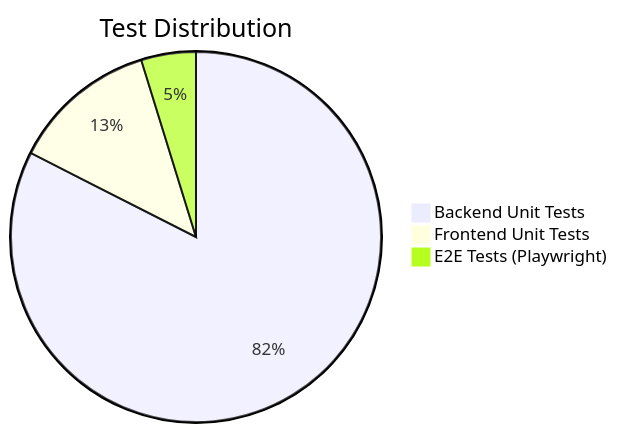
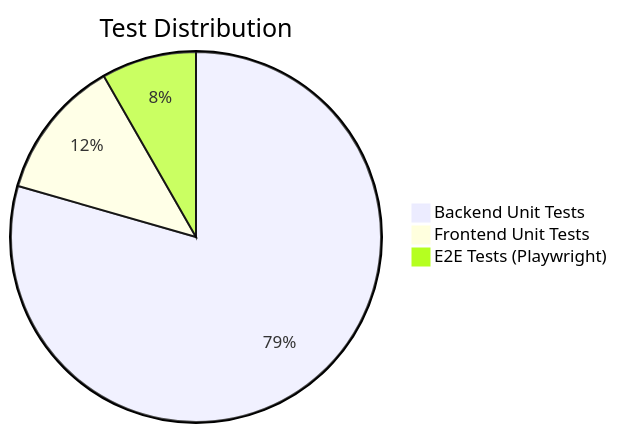
The diagram in README.md (MuzafferDemirhan/wealthflow), drawn with Mermaid before and after one commit. The commit also changed other lines of this file and 51 other files, not shown here.

````diff
--- a/README.md
+++ b/README.md
@@ -144,6 +130,6 @@
 ```mermaid
 pie title Test Distribution
     "Backend Unit Tests" : 259
     "Frontend Unit Tests" : 40
-    "E2E Tests (Playwright)" : 15
+    "E2E Tests (Playwright)" : 27
 ```
````
